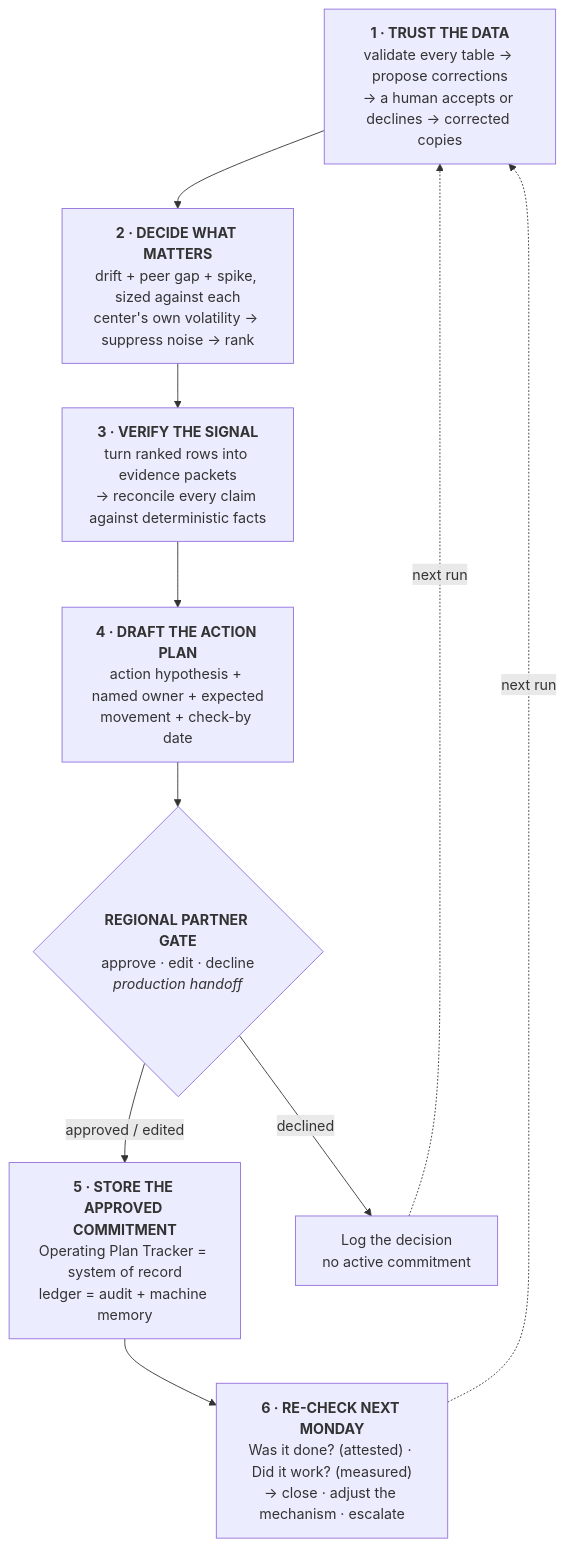
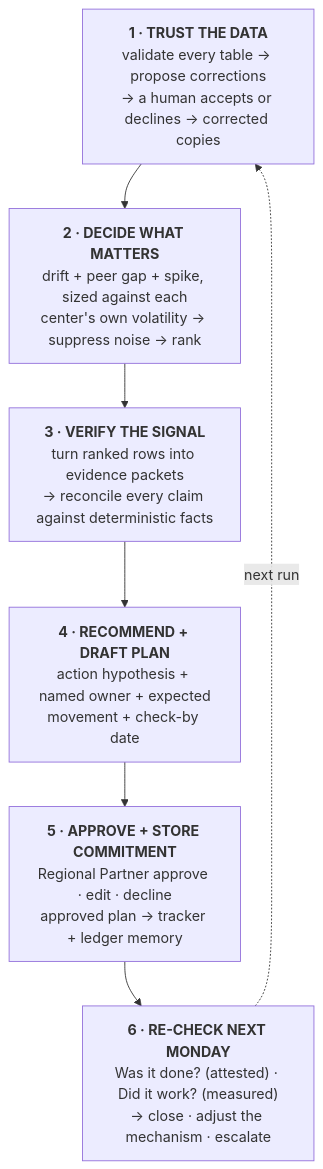
Before and after one commit to ravejedii/petfolk-case-submission: the diagram in README.md, drawn with Mermaid. The commit also changed other lines of this file and 1 other file, not shown here.

Commit message:
Simplify production handoff documentation

````diff
--- a/README.md
+++ b/README.md
@@ -28,16 +28,11 @@
 ```mermaid
 flowchart TD
     A["<b>1 · TRUST THE DATA</b><br/>validate every table → propose corrections<br/>→ a human accepts or declines → corrected copies"]
     B["<b>2 · DECIDE WHAT MATTERS</b><br/>drift + peer gap + spike, sized against each<br/>center's own volatility → suppress noise → rank"]
     C["<b>3 · VERIFY THE SIGNAL</b><br/>turn ranked rows into evidence packets<br/>→ reconcile every claim against deterministic facts"]
-    D["<b>4 · DRAFT THE ACTION PLAN</b><br/>action hypothesis + named owner + expected<br/>movement + check-by date"]
-    G{"<b>REGIONAL PARTNER GATE</b><br/>approve · edit · decline<br/><i>production handoff</i>"}
-    E["<b>5 · STORE THE APPROVED COMMITMENT</b><br/>Operating Plan Tracker = system of record<br/>ledger = audit + machine memory"]
-    X["Log the decision<br/>no active commitment"]
+    D["<b>4 · RECOMMEND + DRAFT PLAN</b><br/>action hypothesis + named owner + expected<br/>movement + check-by date"]
+    E["<b>5 · APPROVE + STORE COMMITMENT</b><br/>Regional Partner approve · edit · decline<br/>approved plan → tracker + ledger memory"]
     F["<b>6 · RE-CHECK NEXT MONDAY</b><br/>Was it done? (attested) · Did it work? (measured)<br/>→ close · adjust the mechanism · escalate"]
-    A --> B --> C --> D --> G
-    G -- "approved / edited" --> E --> F
-    G -- "declined" --> X
+    A --> B --> C --> D --> E --> F
     F -. "next run" .-> A
-    X -. "next run" .-> A
 ```
````
